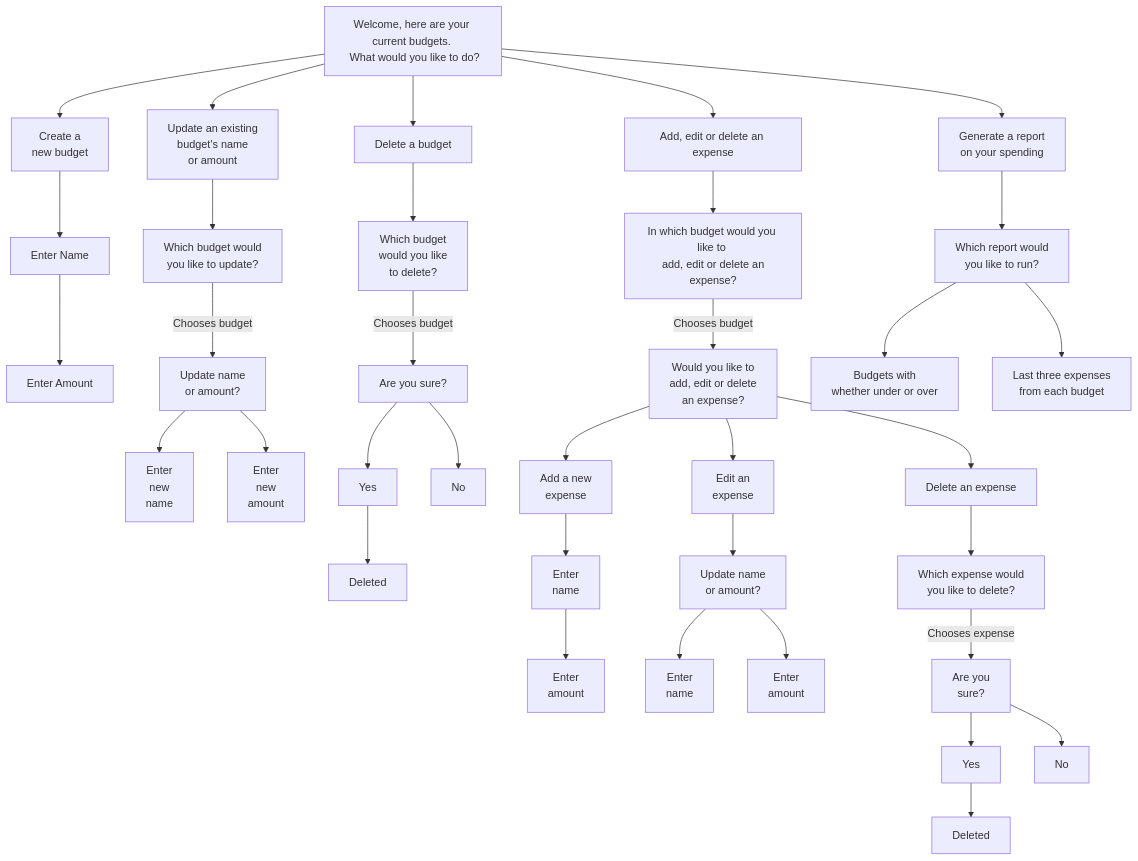
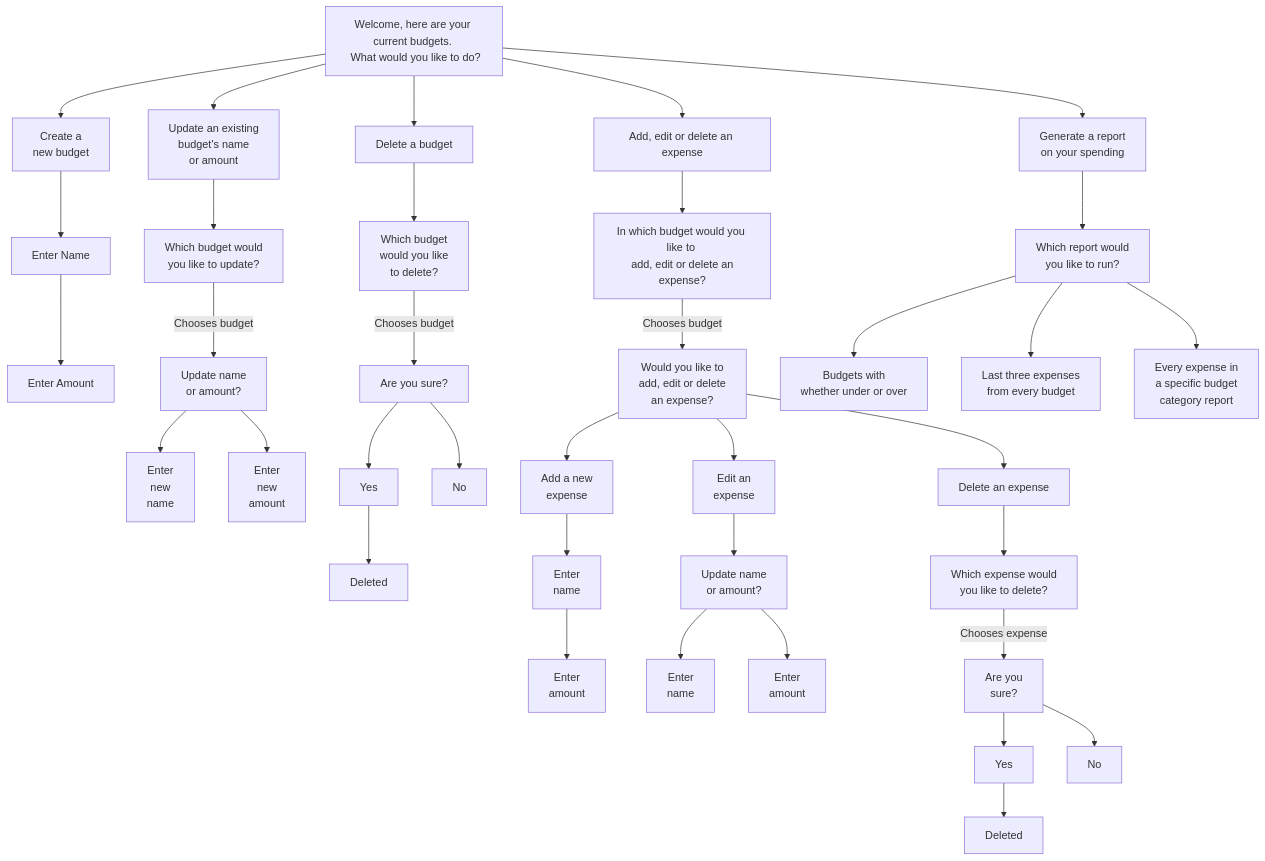
The first of 8 diagrams in README.md (EvitaKnits/Cashflow-Companion), drawn with Mermaid before and after one commit. The commit also changed other lines of this file, not shown here.

Commit message:
Update flowcharts in readme from bm bug one changes

````diff
--- a/README.md
+++ b/README.md
@@ -53,42 +53,43 @@
 ```mermaid
 flowchart TD
     A[Welcome, here are your current budgets. \n What would you like to do?] -->B[Create a \n new budget]
     A -->B2[Update an existing \n budget's name \n or amount]
     A -->B3[Delete a budget]
     A -->B4[Add, edit or delete an expense]
     A -->B5[Generate a report \n on your spending]
 
     B -->C[Enter Name]
     C -->C2[Enter Amount]
 
     B2 -->C3[Which budget would \n you like to update?]
     C3 -->|Chooses budget|D[Update name \n or amount?]
     D -->E[Enter \n new \nname]
     D -->E2[Enter \n new \namount]
 
     B3 -->C4[Which budget \n would you like \n to delete?]
     C4 -->|Chooses budget|D2[Are you sure?]
     D2 -->E3[Yes]
     E3 -->F[Deleted]
     D2 -->E4[No]
 
     B4 -->C5[In which budget would you like to \n add, edit or delete an expense?]
     C5 -->|Chooses budget| D3[Would you like to \n add, edit or delete \n an expense?]
     D3 -->E5[Add a new \n expense]
     E5 -->F2[Enter \n name]
     F2 -->G[Enter \n amount]
     D3 -->E6[Edit an \n expense]
     E6 -->F3[Update name \n or amount?]
     F3 -->G2[Enter \n name]
     F3 -->G4[Enter \n amount]
     D3 -->E7[Delete an expense]
     E7 -->F4[Which expense would \n you like to delete?]
     F4 -->|Chooses expense|G5[Are you \n sure?]
     G5 -->H[Yes]
     H -->I[Deleted]
     G5 -->H2[No]
 
     B5 -->C6[Which report would \n you like to run?]
     C6 -->D4[Budgets with \n whether under or over]
-    C6 -->D5[Last three expenses \n from each budget]
+    C6 -->D5[Last three expenses \n from every budget]
+    C6 -->D6[Every expense in \n a specific budget \n category report]
 ```
````
